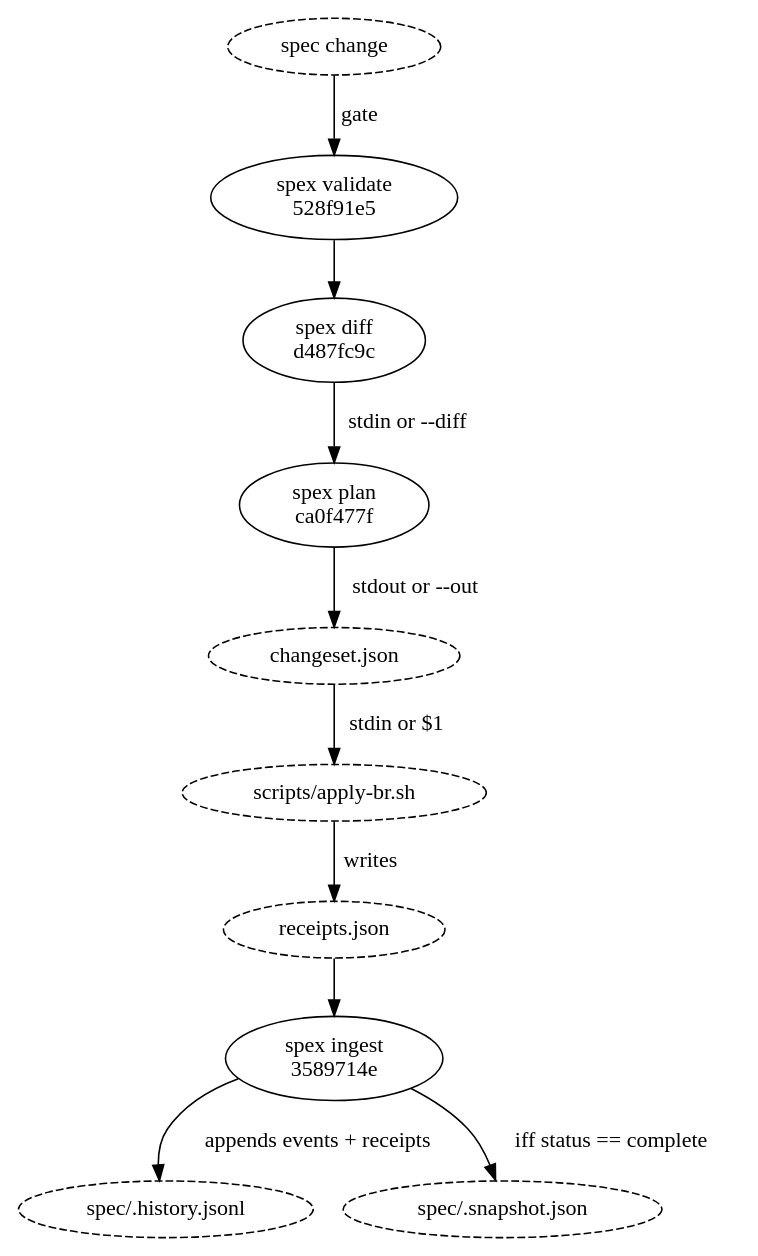
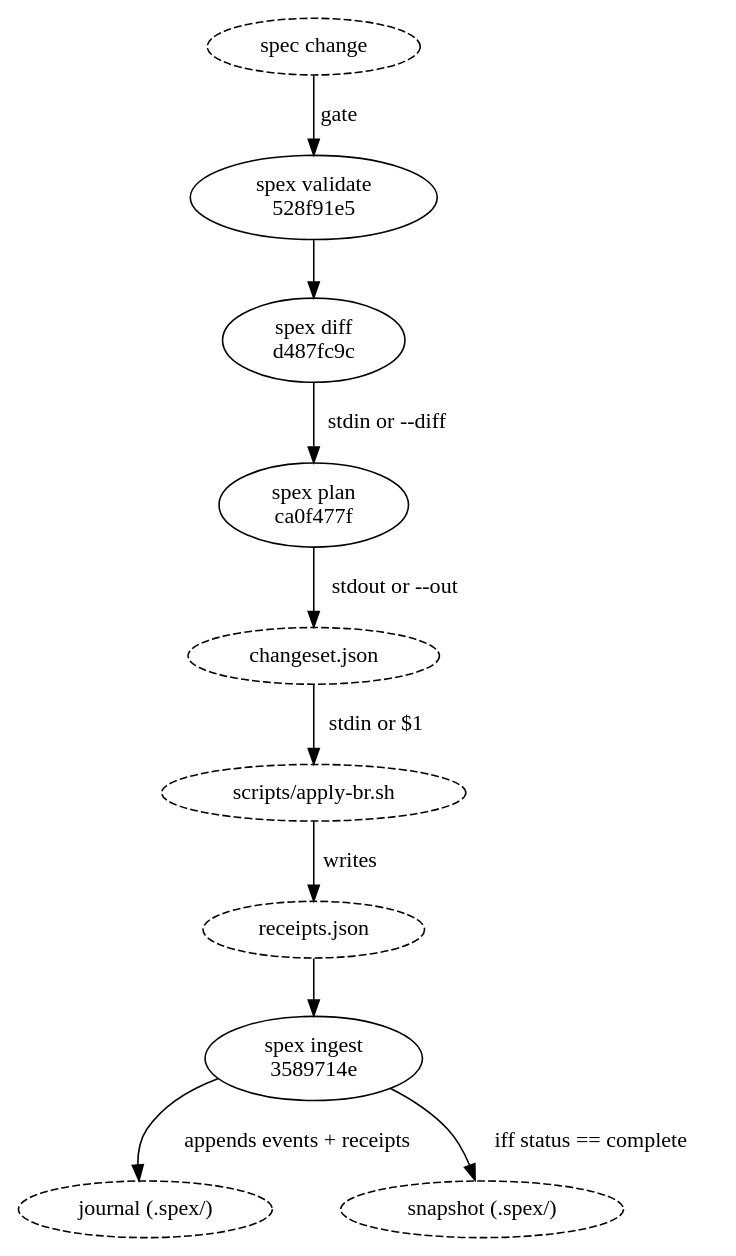
Before and after one commit to dmitriyb/spexmachina: the first of 2 diagrams in spec/plan/flow_plan.md, drawn with Graphviz. The commit also changed other lines of this file and 54 other files, not shown here.

First line of the commit message:
spec: apply project-lifecycle — .spex/ state dir, init/doctor, absence is an error

````diff
--- a/spec/plan/flow_plan.md
+++ b/spec/plan/flow_plan.md
@@ -15,24 +15,24 @@
 ```dot
 digraph plan_position {
     "spec change"         [style=dashed];
     "528f91e5fb7d"        [label="spex validate\n528f91e5"];
     "d487fc9c4fa5"        [label="spex diff\nd487fc9c"];
     "ca0f477fdded"        [label="spex plan\nca0f477f"];
     "changeset.json"      [style=dashed];
     "scripts/apply-br.sh" [style=dashed];
     "receipts.json"       [style=dashed];
     "3589714e50f8"        [label="spex ingest\n3589714e"];
-    "spec/.history.jsonl" [style=dashed];
-    "spec/.snapshot.json" [style=dashed];
+    "journal (.spex/)"    [style=dashed];
+    "snapshot (.spex/)"   [style=dashed];
 
     "spec change"         -> "528f91e5fb7d"        [label="gate"];
     "528f91e5fb7d"        -> "d487fc9c4fa5";
     "d487fc9c4fa5"        -> "ca0f477fdded"        [label="stdin or --diff"];
     "ca0f477fdded"        -> "changeset.json"      [label="stdout or --out"];
     "changeset.json"      -> "scripts/apply-br.sh" [label="stdin or $1"];
     "scripts/apply-br.sh" -> "receipts.json"       [label="writes"];
     "receipts.json"       -> "3589714e50f8";
-    "3589714e50f8"        -> "spec/.history.jsonl" [label="appends events + receipts"];
-    "3589714e50f8"        -> "spec/.snapshot.json" [label="iff status == complete"];
+    "3589714e50f8"        -> "journal (.spex/)"    [label="appends events + receipts"];
+    "3589714e50f8"        -> "snapshot (.spex/)"   [label="iff status == complete"];
 }
 ```
````
